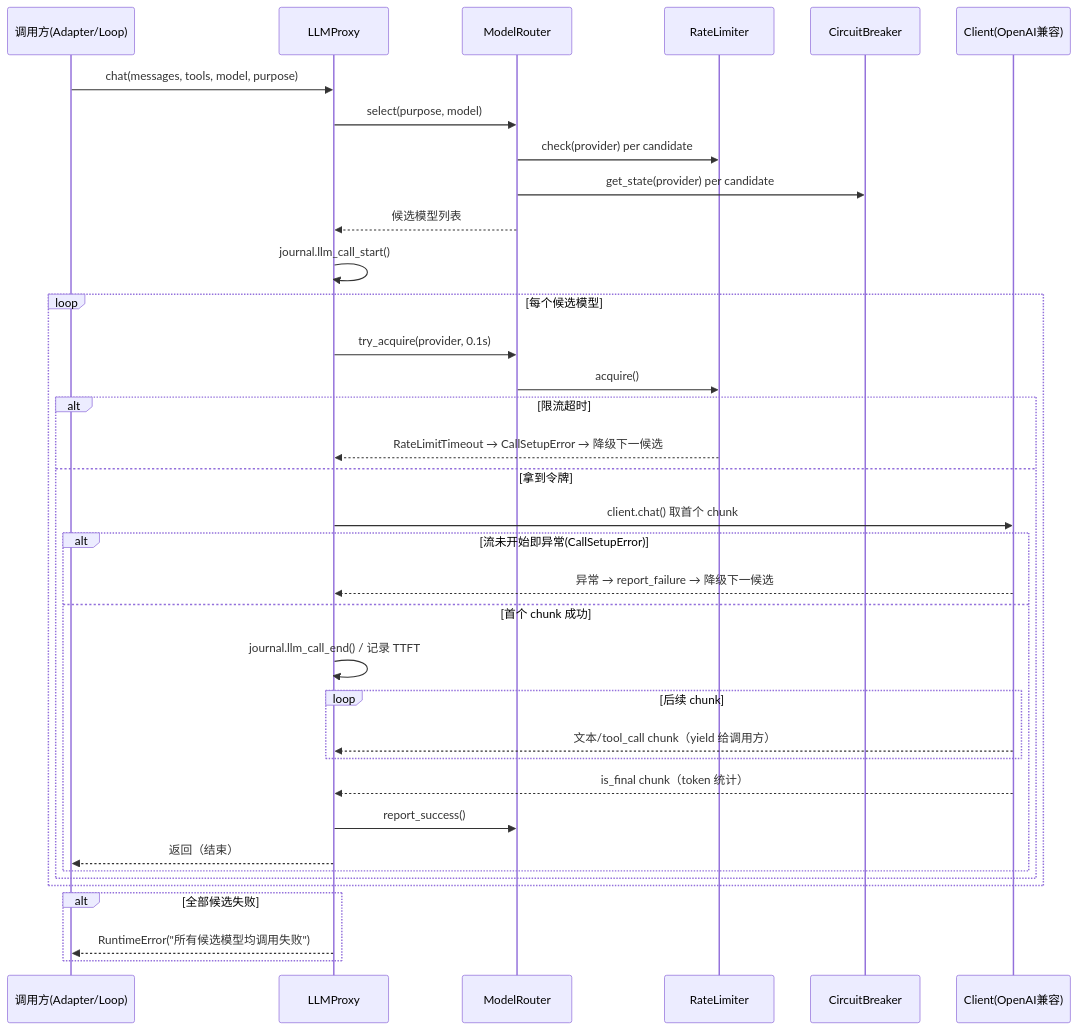
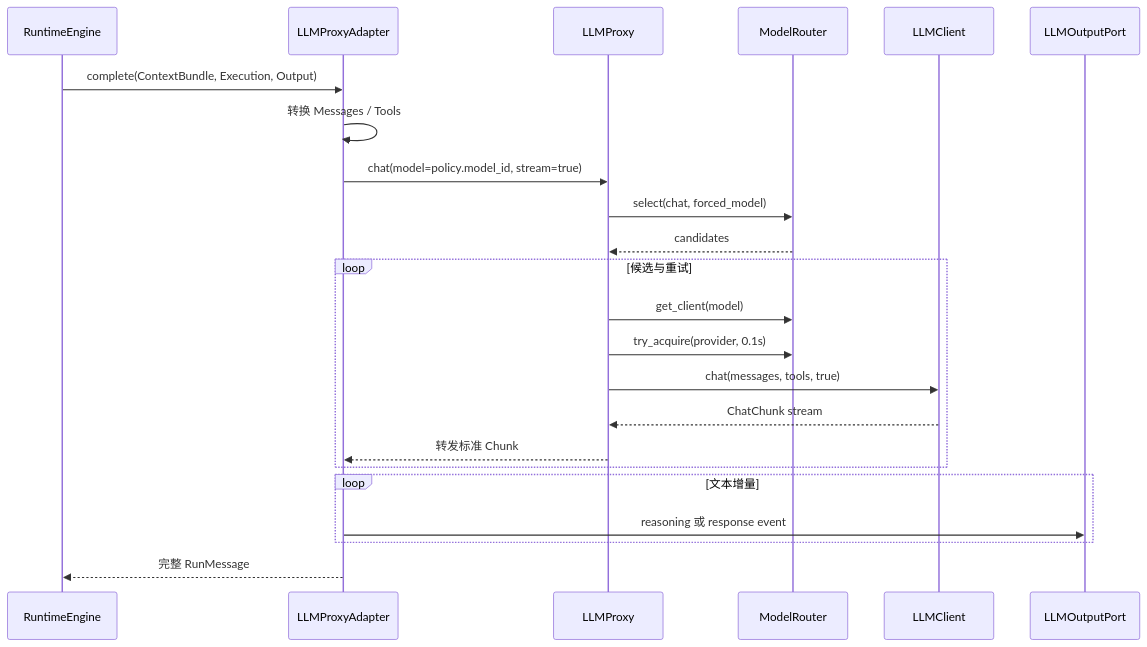
Before and after one commit to aandbcct/dotClaw: the seventh of 20 diagrams in docs/wiki/LLM 模块总体说明.md, drawn with Mermaid. The commit also changed other lines of this file and 8 other files, not shown here.

````diff
--- a/docs/wiki/LLM 模块总体说明.md
+++ b/docs/wiki/LLM 模块总体说明.md
@@ -141,39 +1343,28 @@
 ```mermaid
 sequenceDiagram
-    participant C as 调用方(Adapter/Loop)
-    participant P as LLMProxy
-    participant R as ModelRouter
-    participant RL as RateLimiter
-    participant CB as CircuitBreaker
-    participant Cl as Client(OpenAI兼容)
+    participant Engine as RuntimeEngine
+    participant Adapter as LLMProxyAdapter
+    participant Proxy as LLMProxy
+    participant Router as ModelRouter
+    participant Client as LLMClient
+    participant Output as LLMOutputPort
 
-    C->>P: chat(messages, tools, model, purpose)
-    P->>R: select(purpose, model)
-    R->>RL: check(provider) per candidate
-    R->>CB: get_state(provider) per candidate
-    R-->>P: 候选模型列表
-    P->>P: journal.llm_call_start()
-    loop 每个候选模型
-        P->>R: try_acquire(provider, 0.1s)
-        R->>RL: acquire()
-        alt 限流超时
-            RL-->>P: RateLimitTimeout → CallSetupError → 降级下一候选
-        else 拿到令牌
-            P->>Cl: client.chat() 取首个 chunk
-            alt 流未开始即异常(CallSetupError)
-                Cl-->>P: 异常 → report_failure → 降级下一候选
-            else 首个 chunk 成功
-                P->>P: journal.llm_call_end() / 记录 TTFT
-                loop 后续 chunk
-                    Cl-->>P: 文本/tool_call chunk（yield 给调用方）
-                end
-                Cl-->>P: is_final chunk（token 统计）
-                P->>R: report_success()
-                P-->>C: 返回（结束）
-            end
-        end
+    Engine->>Adapter: complete(ContextBundle, Execution, Output)
+    Adapter->>Adapter: 转换 Messages / Tools
+    Adapter->>Proxy: chat(model=policy.model_id, stream=true)
+    Proxy->>Router: select(chat, forced_model)
+    Router-->>Proxy: candidates
+
+    loop 候选与重试
+        Proxy->>Router: get_client(model)
+        Proxy->>Router: try_acquire(provider, 0.1s)
+        Proxy->>Client: chat(messages, tools, true)
+        Client-->>Proxy: ChatChunk stream
+        Proxy-->>Adapter: 转发标准 Chunk
     end
-    alt 全部候选失败
-        P-->>C: RuntimeError("所有候选模型均调用失败")
+
+    loop 文本增量
+        Adapter->>Output: reasoning 或 response event
     end
+    Adapter-->>Engine: 完整 RunMessage
 ```
````
